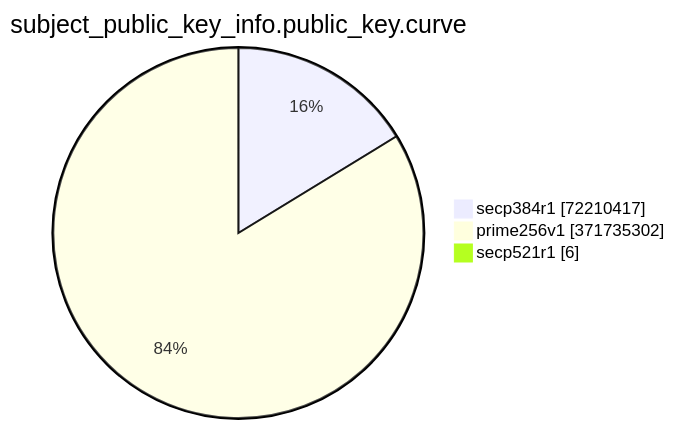
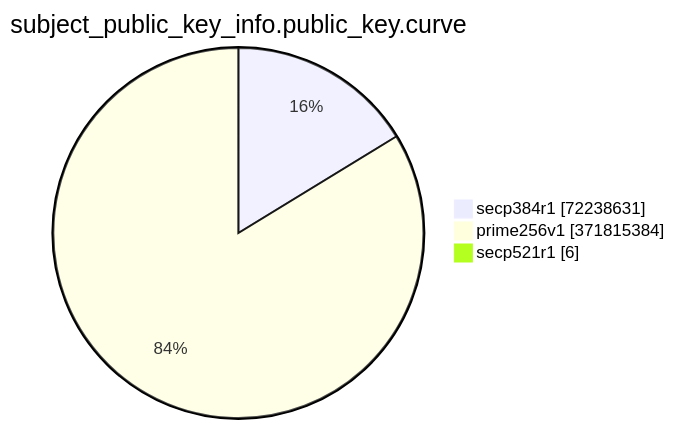
The eighth of 15 diagrams in TOTAL/README.md (christiankrug/ctmonitor_visualization), drawn with Mermaid before and after one commit. The commit also changed other lines of this file, not shown here.

````diff
--- a/TOTAL/README.md
+++ b/TOTAL/README.md
@@ -3092,7 +3092,7 @@
 ```mermaid
 pie showData
 title subject_public_key_info.public_key.curve
-"secp384r1" :72210417
-"prime256v1" :371735302
+"secp384r1" :72238631
+"prime256v1" :371815384
 "secp521r1" :6
 ```
````
